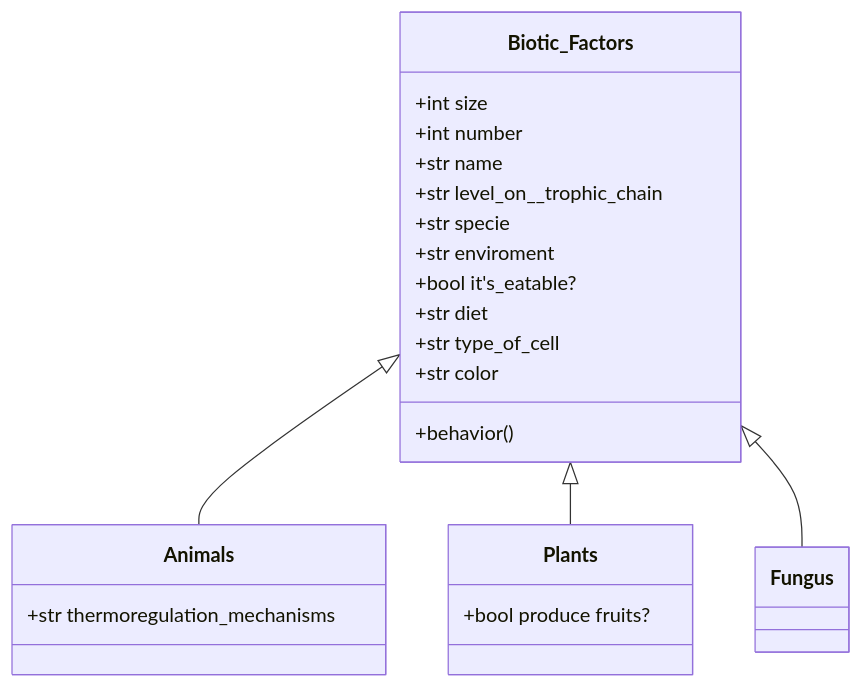
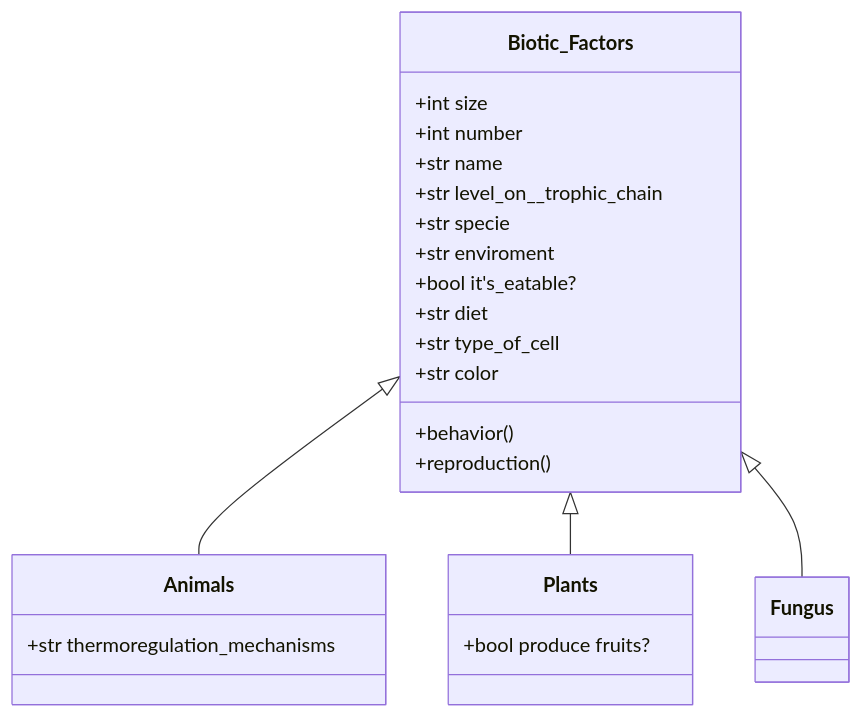
The second of 2 diagrams in README.md (DanielBlaDi/Second_Challenge_OOP), drawn with Mermaid before and after one commit.

````diff
--- a/README.md
+++ b/README.md
@@ -37,33 +37,34 @@
 ```mermaid
 classDiagram
     Biotic_Factors  <|-- Animals
     Biotic_Factors  <|-- Plants
     Biotic_Factors  <|-- Fungus
 
     class Biotic_Factors{
       +int size
       +int number
       +str name
       +str level_on__trophic_chain
       +str specie
       +str enviroment
       +bool it's_eatable?
       +str diet
       +str type_of_cell
       +str color
       +behavior()
+      +reproduction()
     }
 
     class Animals{
         +str thermoregulation_mechanisms
         
     }
 
     class Plants{
         +bool produce fruits?
     }
 
     class Fungus{
         
     }
 ```
````
